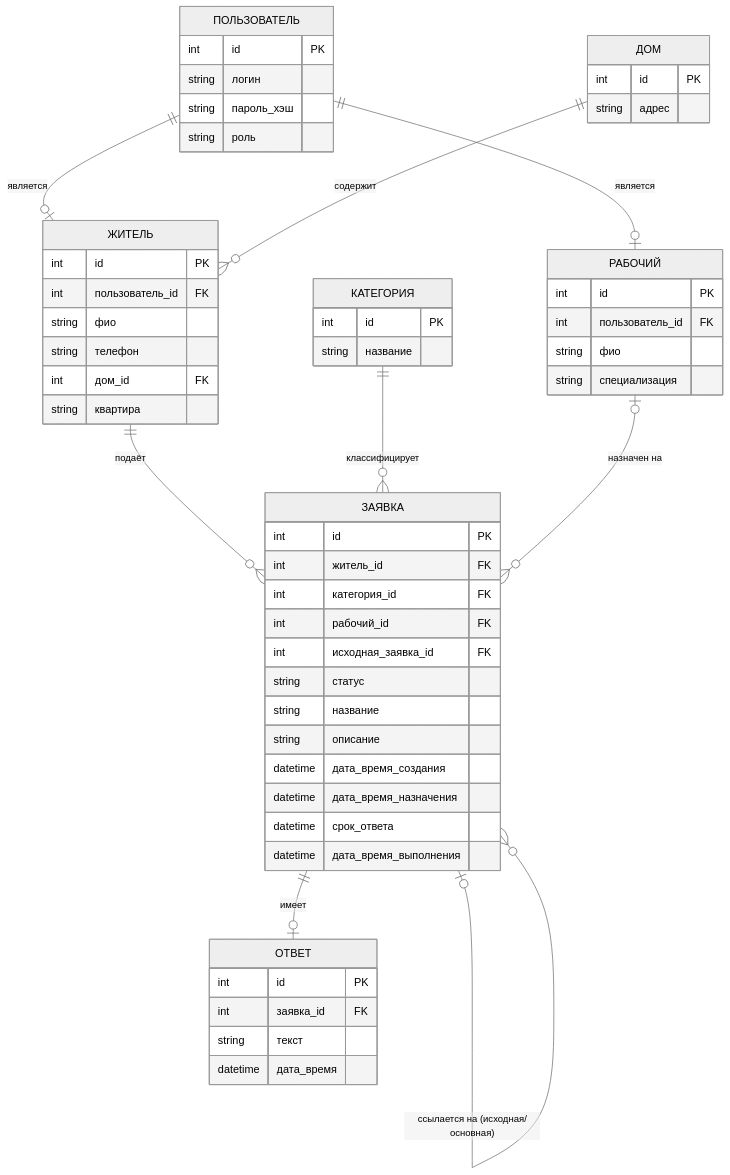
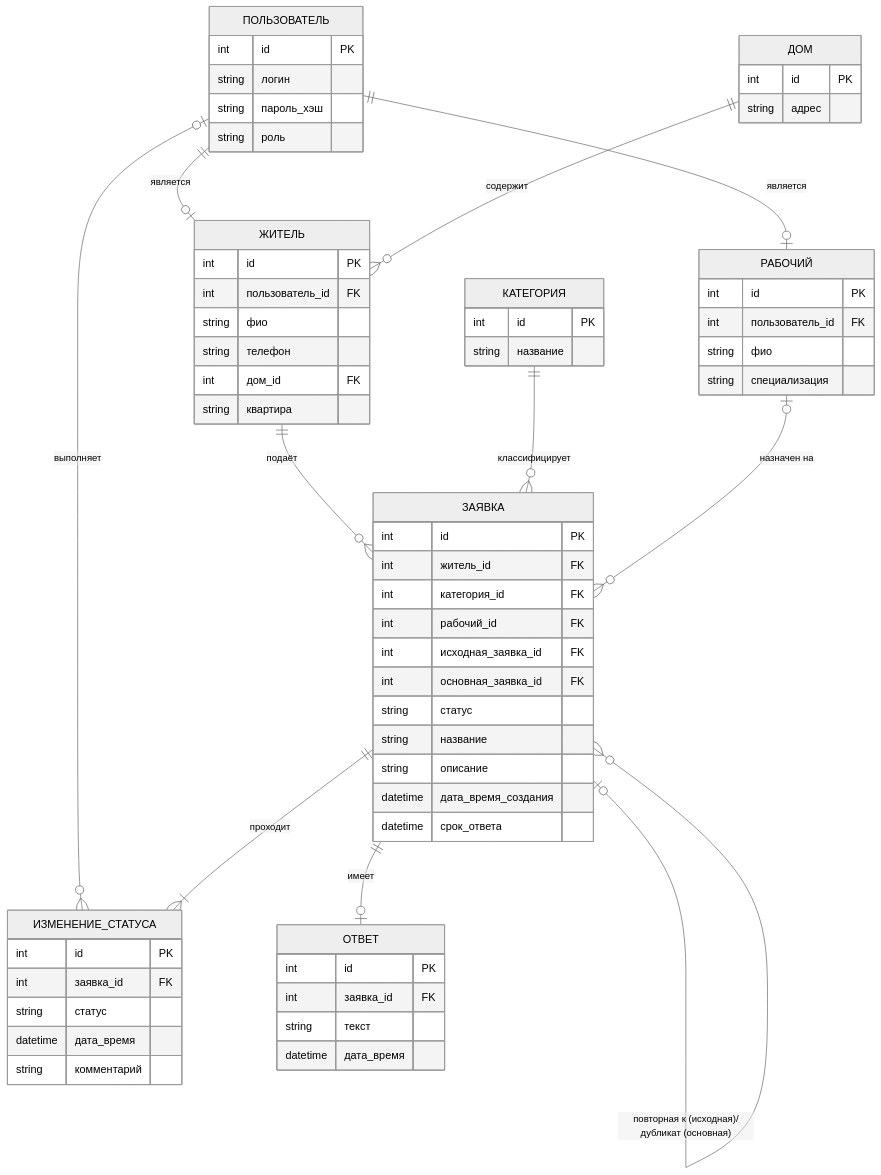
Before and after one commit to Kreslik/kursach-sem5: the diagram in Концептуальная_схема.md, drawn with Mermaid (neutral theme). The commit also changed other lines of this file and 2 other files, not shown here.

Commit message:
some changes

````diff
--- a/Концептуальная_схема.md
+++ b/Концептуальная_схема.md
@@ -3,60 +3,68 @@
 ```mermaid
 erDiagram
   ПОЛЬЗОВАТЕЛЬ ||--o| ЖИТЕЛЬ : "является"
   ПОЛЬЗОВАТЕЛЬ ||--o| РАБОЧИЙ : "является"
+  ПОЛЬЗОВАТЕЛЬ |o--o{ ИЗМЕНЕНИЕ_СТАТУСА : "выполняет"
   ДОМ ||--o{ ЖИТЕЛЬ : "содержит"
   ЖИТЕЛЬ ||--o{ ЗАЯВКА : "подаёт"
   КАТЕГОРИЯ ||--o{ ЗАЯВКА : "классифицирует"
-  РАБОЧИЙ o|--o{ ЗАЯВКА : "назначен на"
+  РАБОЧИЙ |o--o{ ЗАЯВКА : "назначен на"
   ЗАЯВКА ||--o| ОТВЕТ : "имеет"
-  ЗАЯВКА o|--o{ ЗАЯВКА : "ссылается на (исходная/основная)"
+  ЗАЯВКА ||--|{ ИЗМЕНЕНИЕ_СТАТУСА : "проходит"
+  ЗАЯВКА |o--o{ ЗАЯВКА : "повторная к (исходная)/дубликат (основная)"
 
   ПОЛЬЗОВАТЕЛЬ {
     int id PK
     string логин
     string пароль_хэш
     string роль
   }
   ДОМ {
     int id PK
     string адрес
   }
   ЖИТЕЛЬ {
     int id PK
     int пользователь_id FK
     string фио
     string телефон
     int дом_id FK
     string квартира
   }
   КАТЕГОРИЯ {
     int id PK
     string название
   }
   РАБОЧИЙ {
     int id PK
     int пользователь_id FK
     string фио
     string специализация
   }
   ЗАЯВКА {
     int id PK
     int житель_id FK
     int категория_id FK
     int рабочий_id FK
     int исходная_заявка_id FK
+    int основная_заявка_id FK
     string статус
     string название
     string описание
     datetime дата_время_создания
-    datetime дата_время_назначения
     datetime срок_ответа
-    datetime дата_время_выполнения
+  }
+  ИЗМЕНЕНИЕ_СТАТУСА {
+    int id PK
+    int заявка_id FK
+    string статус
+    datetime дата_время
+    string комментарий
   }
   ОТВЕТ {
     int id PK
     int заявка_id FK
     string текст
     datetime дата_время
   }
-```  
+```
````
